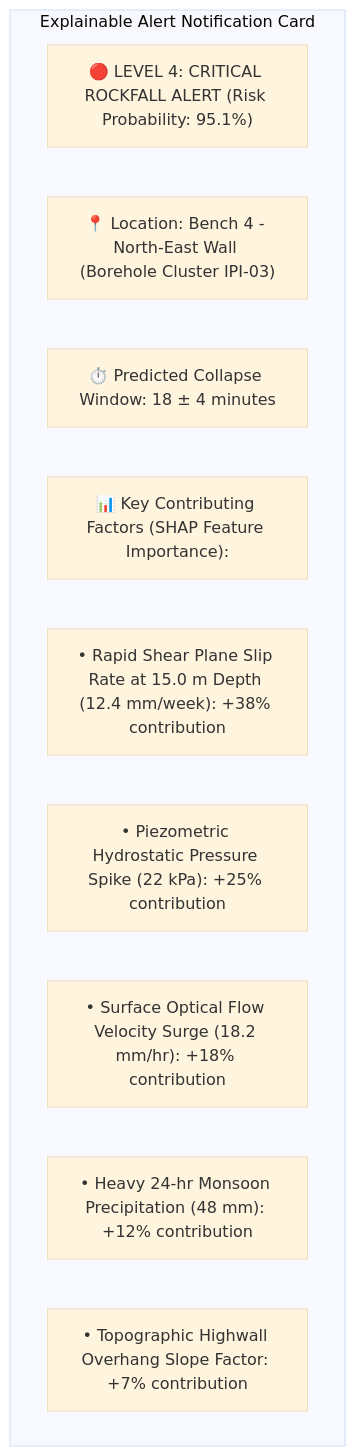
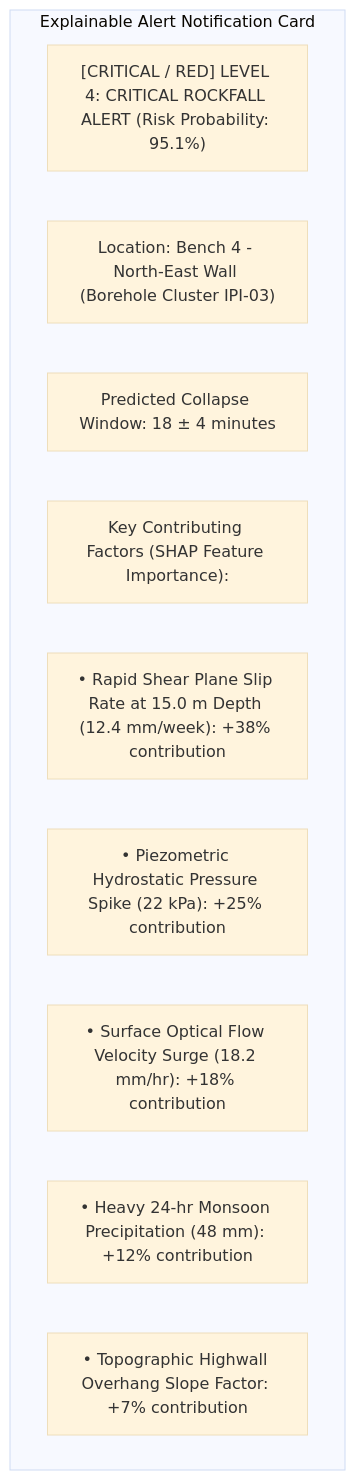
Before and after one commit to angelverman2021-a11y/Report: the eighth of 10 diagrams in docs/09_Inclinometers.md, drawn with Mermaid (base theme). The commit also changed other lines of this file and 32 other files, not shown here.

````diff
--- a/docs/09_Inclinometers.md
+++ b/docs/09_Inclinometers.md
@@ -384,14 +384,14 @@
 ```mermaid
 graph TD
-    subgraph Explainable Alert Notification Card
-        A["🔴 LEVEL 4: CRITICAL ROCKFALL ALERT (Risk Probability: 95.1%)"]
-        B["📍 Location: Bench 4 - North-East Wall (Borehole Cluster IPI-03)"]
-        C["⏱️ Predicted Collapse Window: 18 ± 4 minutes"]
-        D["📊 Key Contributing Factors (SHAP Feature Importance):"]
-        D1["• Rapid Shear Plane Slip Rate at 15.0 m Depth (12.4 mm/week): +38% contribution"]
-        D2["• Piezometric Hydrostatic Pressure Spike (22 kPa): +25% contribution"]
-        D3["• Surface Optical Flow Velocity Surge (18.2 mm/hr): +18% contribution"]
-        D4["• Heavy 24-hr Monsoon Precipitation (48 mm): +12% contribution"]
-        D5["• Topographic Highwall Overhang Slope Factor: +7% contribution"]
-    end
+ subgraph Explainable Alert Notification Card
+ A["[CRITICAL / RED] LEVEL 4: CRITICAL ROCKFALL ALERT (Risk Probability: 95.1%)"]
+ B[" Location: Bench 4 - North-East Wall (Borehole Cluster IPI-03)"]
+ C[" Predicted Collapse Window: 18 ± 4 minutes"]
+ D[" Key Contributing Factors (SHAP Feature Importance):"]
+ D1["• Rapid Shear Plane Slip Rate at 15.0 m Depth (12.4 mm/week): +38% contribution"]
+ D2["• Piezometric Hydrostatic Pressure Spike (22 kPa): +25% contribution"]
+ D3["• Surface Optical Flow Velocity Surge (18.2 mm/hr): +18% contribution"]
+ D4["• Heavy 24-hr Monsoon Precipitation (48 mm): +12% contribution"]
+ D5["• Topographic Highwall Overhang Slope Factor: +7% contribution"]
+ end
 ```
````
